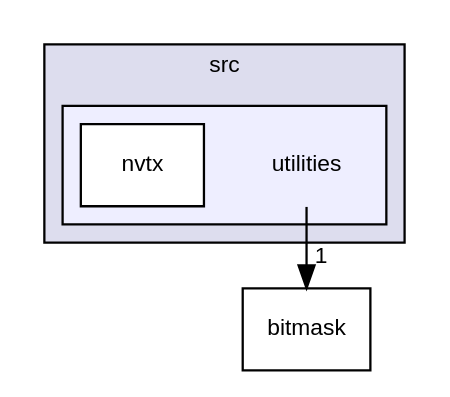
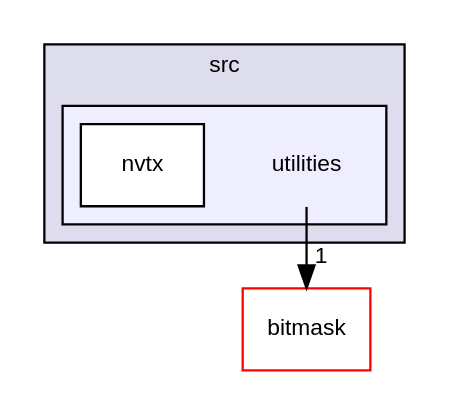
The diagram in libcudf/0.9.0/dir_7b5d38f1875f1b693f62ca6a108a1129_dep.dot (rapidsai/projects), drawn with Graphviz before and after one commit. The commit also changed 916 other files, not shown here.

```diff
--- a/libcudf/0.9.0/dir_7b5d38f1875f1b693f62ca6a108a1129_dep.dot
+++ b/libcudf/0.9.0/dir_7b5d38f1875f1b693f62ca6a108a1129_dep.dot
@@ -1,15 +1,15 @@
 digraph "utilities" {
   compound=true
   node [ fontsize="10", fontname="Helvetica"];
   edge [ labelfontsize="10", labelfontname="Helvetica"];
   subgraph clusterdir_68267d1309a1af8e8297ef4c3efbcdba {
     graph [ bgcolor="#ddddee", pencolor="black", label="src" fontname="Helvetica", fontsize="10", URL="dir_68267d1309a1af8e8297ef4c3efbcdba.html"]
   subgraph clusterdir_7b5d38f1875f1b693f62ca6a108a1129 {
     graph [ bgcolor="#eeeeff", pencolor="black", label="" URL="dir_7b5d38f1875f1b693f62ca6a108a1129.html"];
     dir_7b5d38f1875f1b693f62ca6a108a1129 [shape=plaintext label="utilities"];
     dir_8e5eaa3c6c334094a05ac324ba52dd2c [shape=box label="nvtx" color="black" fillcolor="white" style="filled" URL="dir_8e5eaa3c6c334094a05ac324ba52dd2c.html"];
   }
   }
-  dir_8af788da82510e5633fff7e15680126e [shape=box label="bitmask" URL="dir_8af788da82510e5633fff7e15680126e.html"];
-  dir_7b5d38f1875f1b693f62ca6a108a1129->dir_8af788da82510e5633fff7e15680126e [headlabel="1", labeldistance=1.5 headhref="dir_000008_000007.html"];
+  dir_8af788da82510e5633fff7e15680126e [shape=box label="bitmask" fillcolor="white" style="filled" color="red" URL="dir_8af788da82510e5633fff7e15680126e.html"];
+  dir_7b5d38f1875f1b693f62ca6a108a1129->dir_8af788da82510e5633fff7e15680126e [headlabel="1", labeldistance=1.5 headhref="dir_000009_000007.html"];
 }
```
